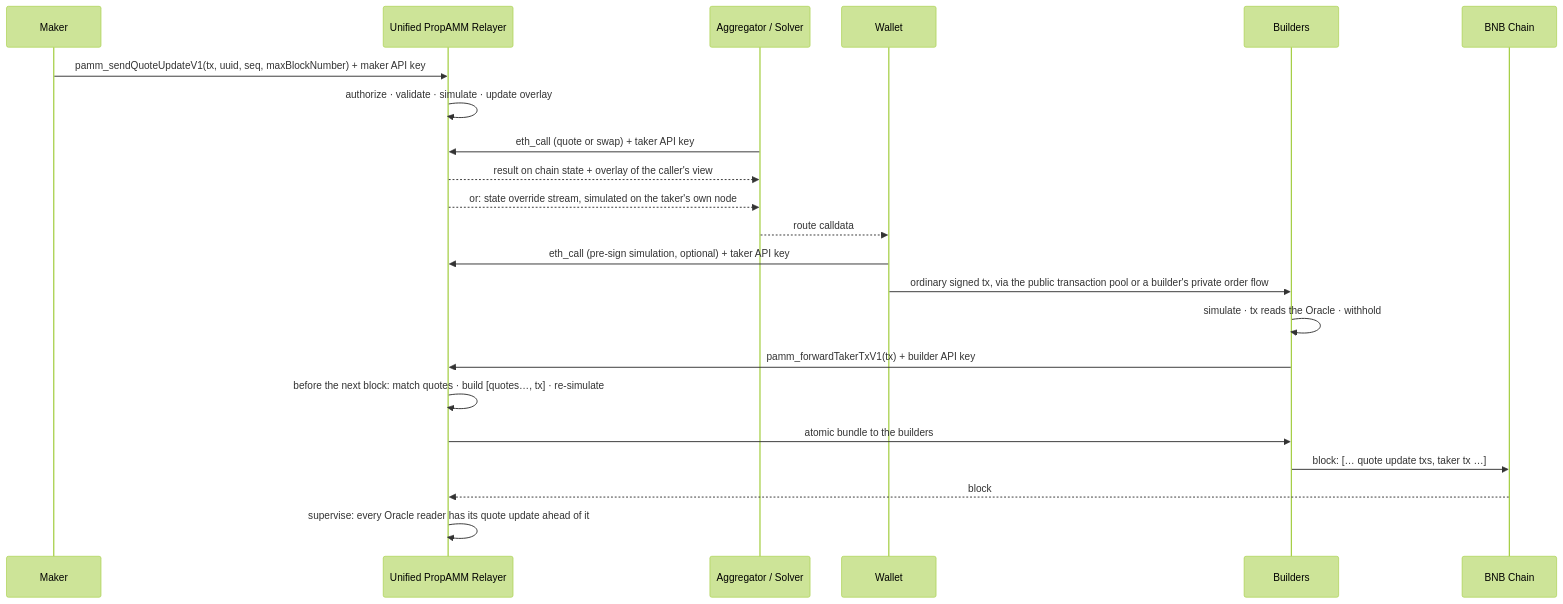
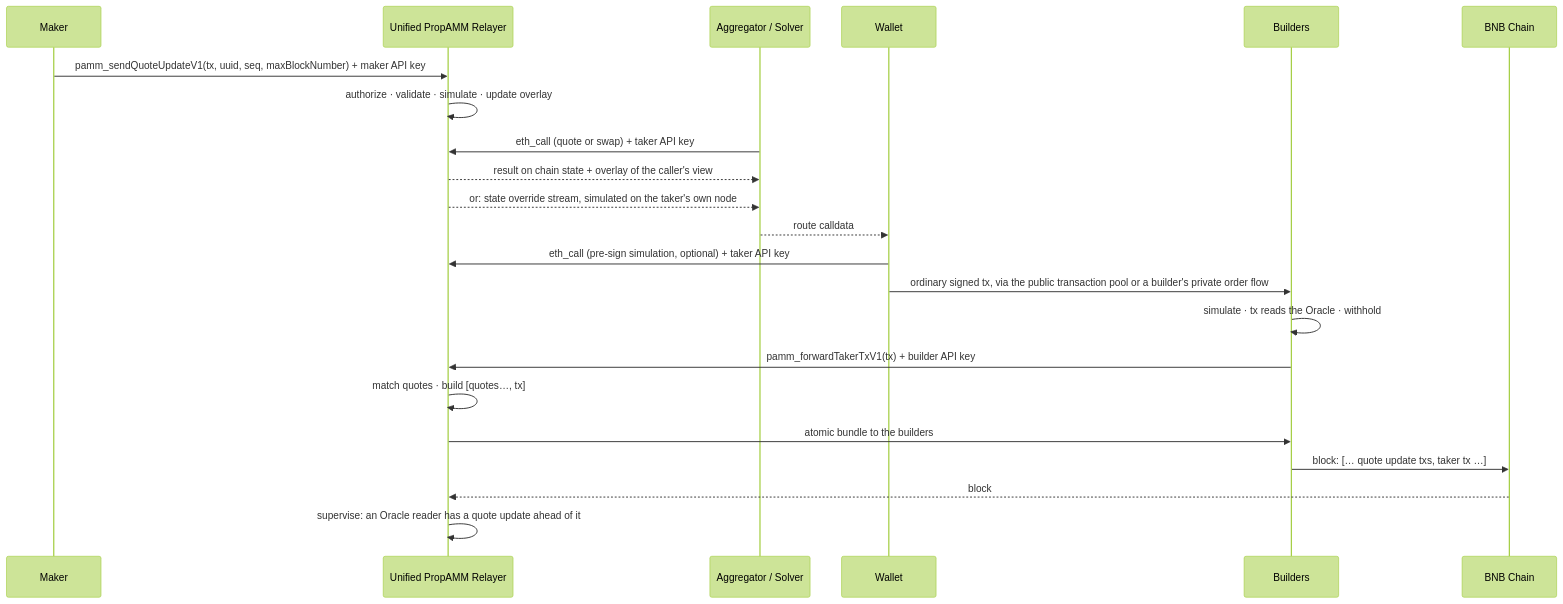
Before and after one commit to bnb-chain/BEPs: the second of 2 diagrams in BAPs/BAP-710.md, drawn with Mermaid (forest theme). The commit also changed other lines of this file, not shown here.

````diff
--- a/BAPs/BAP-710.md
+++ b/BAPs/BAP-710.md
@@ -146,25 +142,25 @@
 ```mermaid
 sequenceDiagram
     participant M as Maker
     participant R as Unified PropAMM Relayer
     participant S as Aggregator / Solver
     participant W as Wallet
     participant B as Builders
     participant C as BNB Chain
 
     M->>R: pamm_sendQuoteUpdateV1(tx, uuid, seq, maxBlockNumber) + maker API key
     R->>R: authorize · validate · simulate · update overlay
     S->>R: eth_call (quote or swap) + taker API key
     R-->>S: result on chain state + overlay of the caller's view
     R-->>S: or: state override stream, simulated on the taker's own node
     S-->>W: route calldata
     W->>R: eth_call (pre-sign simulation, optional) + taker API key
     W->>B: ordinary signed tx, via the public transaction pool or a builder's private order flow
     B->>B: simulate · tx reads the Oracle · withhold
     B->>R: pamm_forwardTakerTxV1(tx) + builder API key
-    R->>R: before the next block: match quotes · build [quotes…, tx] · re-simulate
+    R->>R: match quotes · build [quotes…, tx]
     R->>B: atomic bundle to the builders
     B->>C: block: [… quote update txs, taker tx …]
     C-->>R: block
-    R->>R: supervise: every Oracle reader has its quote update ahead of it
+    R->>R: supervise: an Oracle reader has a quote update ahead of it
 ```
````
